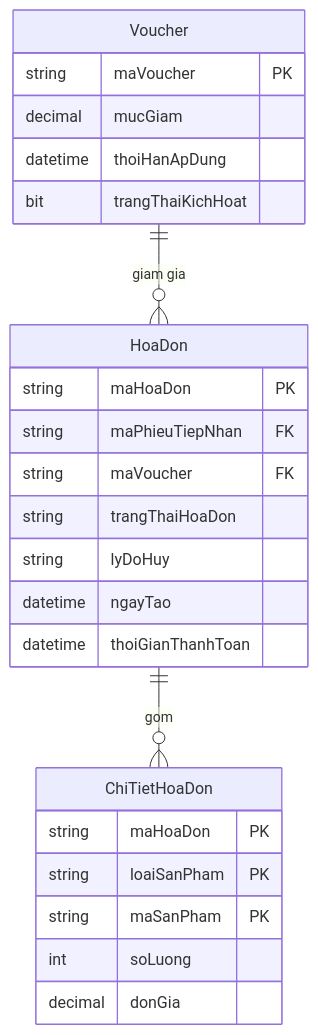
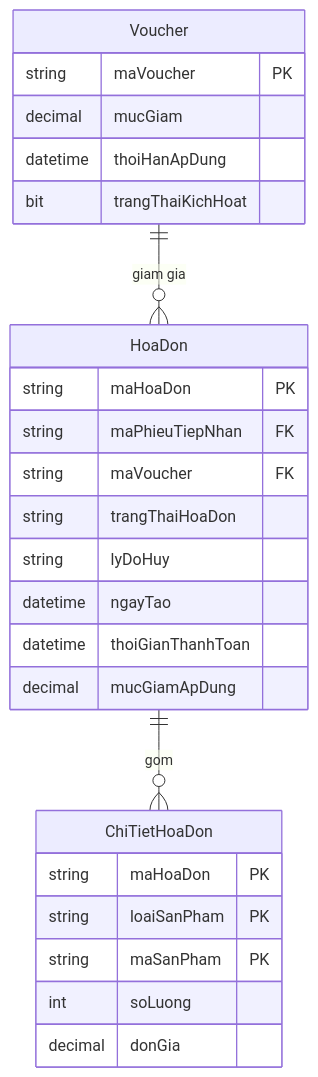
The seventh of 10 diagrams in assets/tasks/DGRAPH.md (MaiTheHao/iuh-fall2026-ptud), drawn with Mermaid before and after one commit. The commit also changed other lines of this file and 3 other files, not shown here.

````diff
--- a/assets/tasks/DGRAPH.md
+++ b/assets/tasks/DGRAPH.md
@@ -213,27 +213,28 @@
 ```mermaid
 erDiagram
     HoaDon {
         string maHoaDon PK
         string maPhieuTiepNhan FK
         string maVoucher FK
         string trangThaiHoaDon
         string lyDoHuy
         datetime ngayTao
         datetime thoiGianThanhToan
+        decimal mucGiamApDung
     }
     ChiTietHoaDon {
         string maHoaDon PK
         string loaiSanPham PK
         string maSanPham PK
         int soLuong
         decimal donGia
     }
     Voucher {
         string maVoucher PK
         decimal mucGiam
         datetime thoiHanApDung
         bit trangThaiKichHoat
     }
     HoaDon ||--o{ ChiTietHoaDon : "gom"
     Voucher ||--o{ HoaDon : "giam gia"
 ```
````
